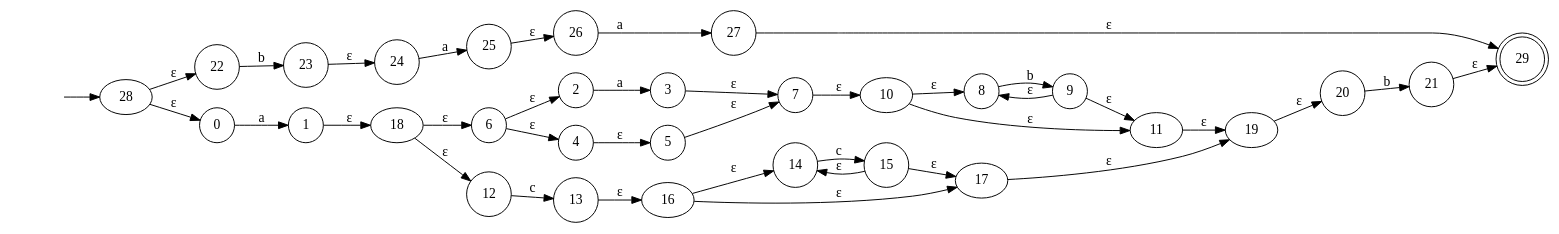
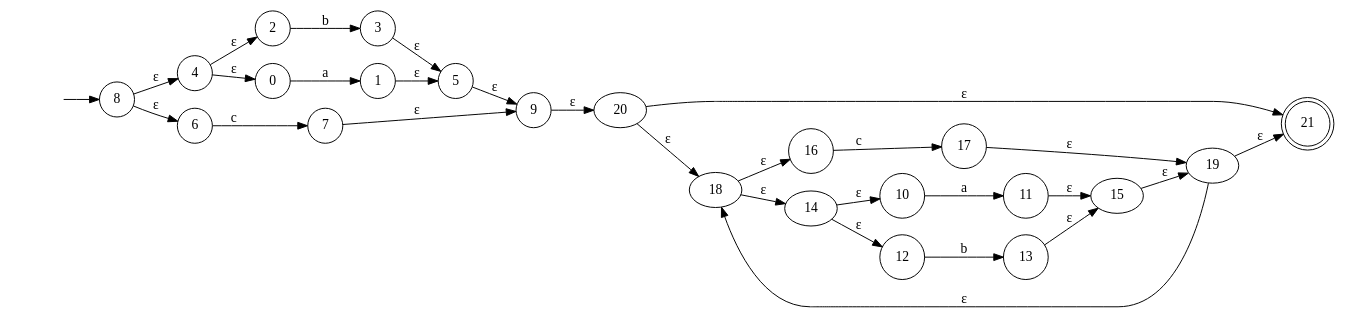
One commit to oscarparedez/compiler-project-1 changed the diagram in NFA.gv. Above: the diagram before and after it, drawn with Graphviz. The commit also changed 17 other files, not shown here.

```diff
--- a/NFA.gv
+++ b/NFA.gv
@@ -1,64 +1,49 @@
 digraph NFA {
 	graph [rankdir=LR]
 	"" [label="" shape=plaintext]
-	29 [label=29 shape=doublecircle]
+	21 [label=21 shape=doublecircle]
+	9 [label=9 shape=circle]
+	16 [label=16 shape=circle]
+	4 [label=4 shape=circle]
+	17 [label=17 shape=circle]
+	5 [label=5 shape=circle]
+	3 [label=3 shape=circle]
+	10 [label=10 shape=circle]
+	8 [label=8 shape=circle]
+	6 [label=6 shape=circle]
+	7 [label=7 shape=circle]
+	11 [label=11 shape=circle]
+	1 [label=1 shape=circle]
+	12 [label=12 shape=circle]
 	2 [label=2 shape=circle]
-	26 [label=26 shape=circle]
-	21 [label=21 shape=circle]
-	9 [label=9 shape=circle]
-	3 [label=3 shape=circle]
 	13 [label=13 shape=circle]
-	22 [label=22 shape=circle]
-	20 [label=20 shape=circle]
-	14 [label=14 shape=circle]
-	6 [label=6 shape=circle]
-	12 [label=12 shape=circle]
-	4 [label=4 shape=circle]
-	25 [label=25 shape=circle]
-	24 [label=24 shape=circle]
 	0 [label=0 shape=circle]
-	8 [label=8 shape=circle]
-	15 [label=15 shape=circle]
-	23 [label=23 shape=circle]
-	1 [label=1 shape=circle]
-	5 [label=5 shape=circle]
-	7 [label=7 shape=circle]
-	27 [label=27 shape=circle]
-	"" -> 28 [label=""]
-	28 -> 0 [label="ε"]
-	28 -> 22 [label="ε"]
-	21 -> 29 [label="ε"]
-	27 -> 29 [label="ε"]
-	19 -> 20 [label="ε"]
-	1 -> 18 [label="ε"]
+	"" -> 8 [label=""]
+	9 -> 20 [label="ε"]
+	8 -> 6 [label="ε"]
+	8 -> 4 [label="ε"]
+	5 -> 9 [label="ε"]
+	7 -> 9 [label="ε"]
+	4 -> 2 [label="ε"]
+	4 -> 0 [label="ε"]
+	1 -> 5 [label="ε"]
+	3 -> 5 [label="ε"]
 	0 -> 1 [label=a]
-	18 -> 12 [label="ε"]
-	18 -> 6 [label="ε"]
-	11 -> 19 [label="ε"]
+	2 -> 3 [label=b]
+	6 -> 7 [label=c]
+	20 -> 21 [label="ε"]
+	20 -> 18 [label="ε"]
+	19 -> 18 [label="ε"]
+	19 -> 21 [label="ε"]
+	18 -> 16 [label="ε"]
+	18 -> 14 [label="ε"]
+	15 -> 19 [label="ε"]
 	17 -> 19 [label="ε"]
-	7 -> 10 [label="ε"]
-	6 -> 4 [label="ε"]
-	6 -> 2 [label="ε"]
-	3 -> 7 [label="ε"]
-	5 -> 7 [label="ε"]
-	2 -> 3 [label=a]
-	4 -> 5 [label="ε"]
-	10 -> 8 [label="ε"]
-	10 -> 11 [label="ε"]
-	9 -> 8 [label="ε"]
-	9 -> 11 [label="ε"]
-	8 -> 9 [label=b]
-	13 -> 16 [label="ε"]
-	12 -> 13 [label=c]
-	16 -> 17 [label="ε"]
-	16 -> 14 [label="ε"]
-	15 -> 17 [label="ε"]
-	15 -> 14 [label="ε"]
-	14 -> 15 [label=c]
-	20 -> 21 [label=b]
-	25 -> 26 [label="ε"]
-	23 -> 24 [label="ε"]
-	22 -> 23 [label=b]
-	24 -> 25 [label=a]
-	26 -> 27 [label=a]
+	14 -> 10 [label="ε"]
+	14 -> 12 [label="ε"]
+	11 -> 15 [label="ε"]
+	13 -> 15 [label="ε"]
+	10 -> 11 [label=a]
+	12 -> 13 [label=b]
+	16 -> 17 [label=c]
 }
```
